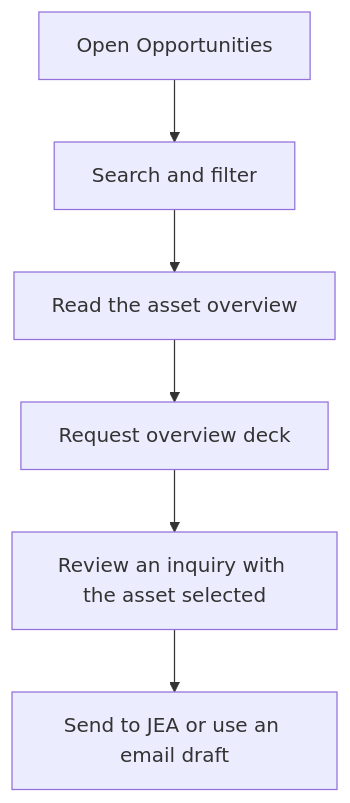
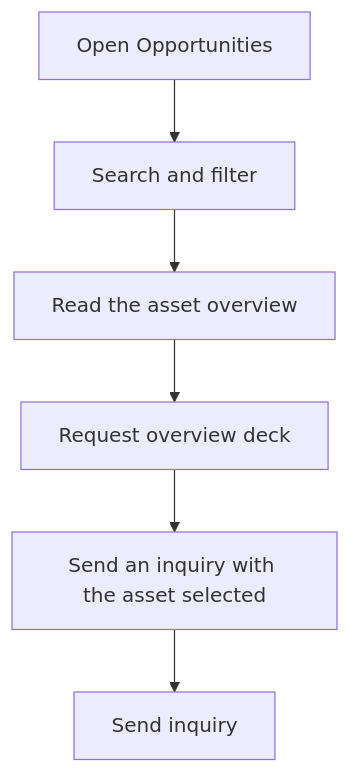
Before and after one commit to smeltery/jeabizdev.com: the diagram in docs/guides/opportunities.md, drawn with Mermaid. The commit also changed 11 other files, not shown here.

````diff
--- a/docs/guides/opportunities.md
+++ b/docs/guides/opportunities.md
@@ -9,8 +9,8 @@
 ```mermaid
 flowchart TD
   Browse[Open Opportunities] --> Filter[Search and filter]
   Filter --> Detail[Read the asset overview]
   Detail --> Request[Request overview deck]
-  Request --> Form[Review an inquiry with the asset selected]
-  Form --> Send[Send to JEA or use an email draft]
+  Request --> Form[Send an inquiry with the asset selected]
+  Form --> Send[Send inquiry]
 ```
````
